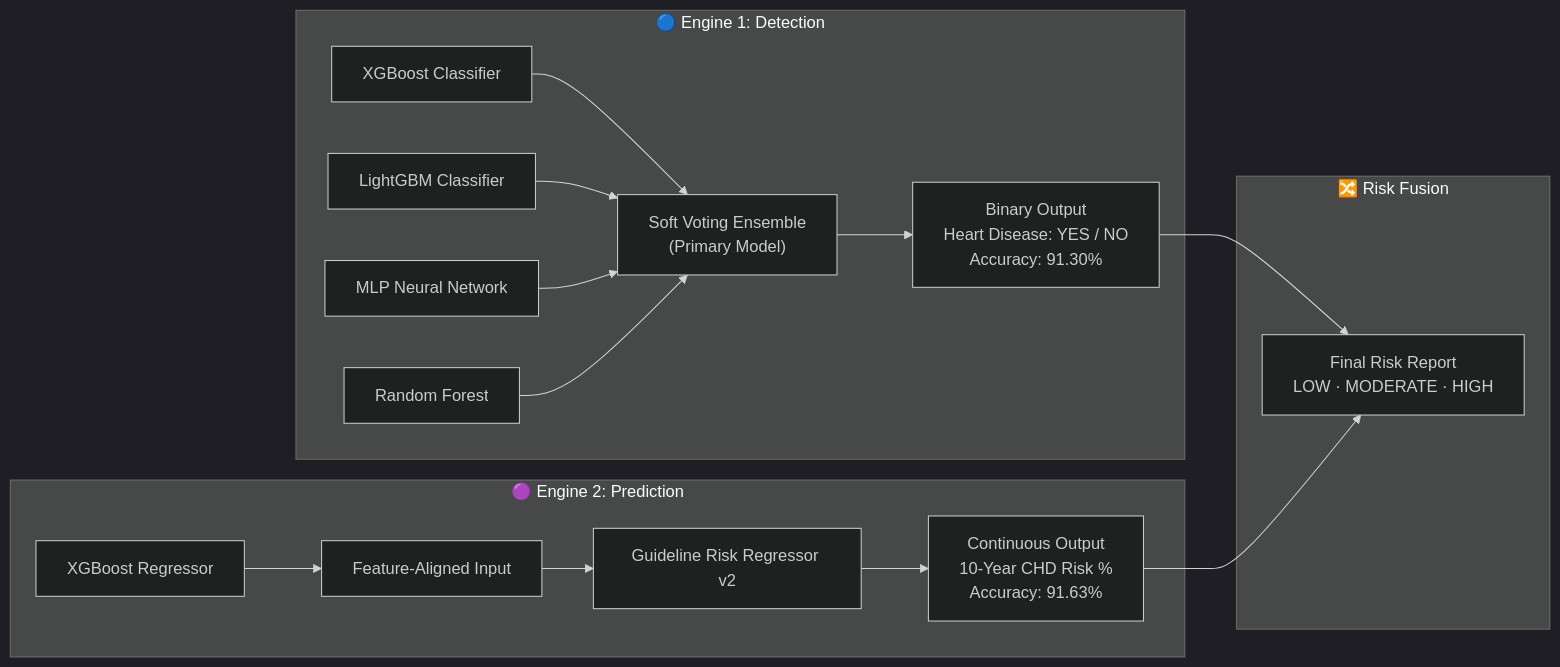
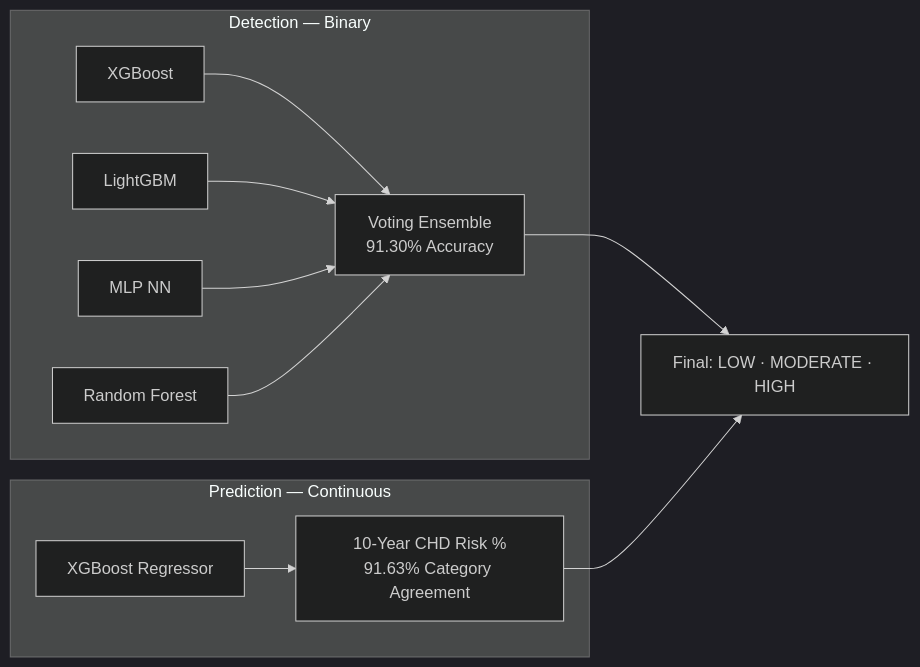
Before and after one commit to Prajan-v/CardioDetect: the second of 2 diagrams in README.md, drawn with Mermaid (dark theme). The commit also changed other lines of this file and 3 other files, not shown here.

````diff
--- a/README.md
+++ b/README.md
@@ -167,24 +50,12 @@
 ```mermaid
 graph LR
-    subgraph Engine1["🔵 Engine 1: Detection"]
-        A1[XGBoost Classifier]
-        A2[LightGBM Classifier]
-        A3[MLP Neural Network]
-        A4[Random Forest]
-        A5["Soft Voting Ensemble<br/>(Primary Model)"]
-        A1 & A2 & A3 & A4 --> A5
-        A5 --> O1["Binary Output<br/>Heart Disease: YES / NO<br/>Accuracy: 91.30%"]
+    subgraph E1["Detection — Binary"]
+        XGB1[XGBoost] & LGB[LightGBM] & MLP[MLP NN] & RF[Random Forest]
+        --> VE["Voting Ensemble\n91.30% Accuracy"]
     end
-
-    subgraph Engine2["🟣 Engine 2: Prediction"]
-        B1[XGBoost Regressor]
-        B2[Feature-Aligned Input]
-        B3[Guideline Risk Regressor v2]
-        B1 --> B2 --> B3
-        B3 --> O2["Continuous Output<br/>10-Year CHD Risk %<br/>Accuracy: 91.63%"]
+    subgraph E2["Prediction — Continuous"]
+        XGB2[XGBoost Regressor]
+        --> RR["10-Year CHD Risk %\n91.63% Category Agreement"]
     end
-
-    subgraph Fusion["🔀 Risk Fusion"]
-        O1 & O2 --> R["Final Risk Report<br/>LOW · MODERATE · HIGH"]
-    end
+    VE & RR --> OUT["Final: LOW · MODERATE · HIGH"]
 ```
````
